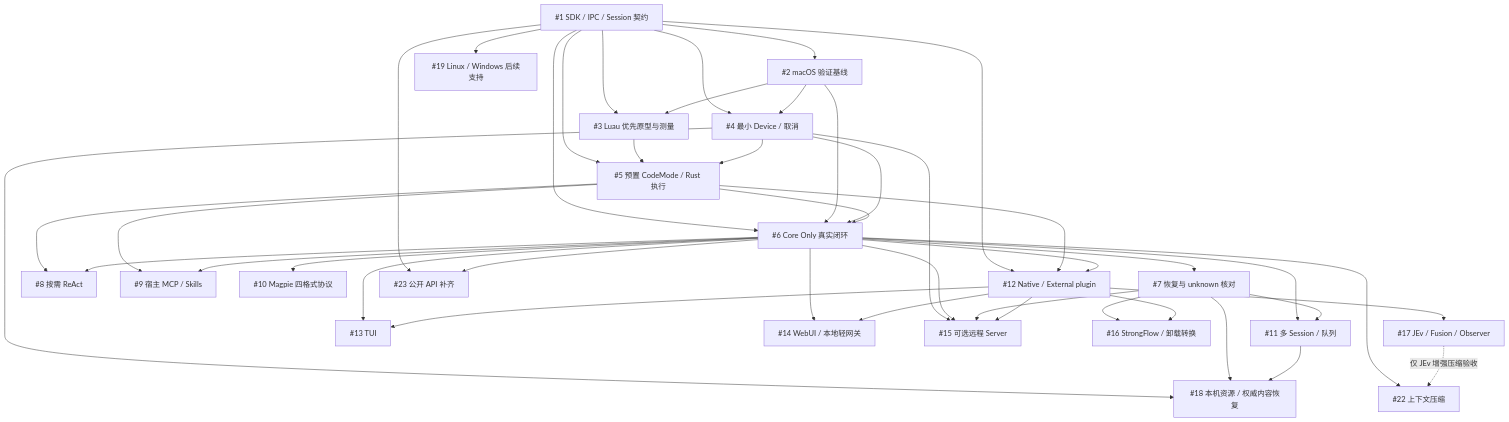
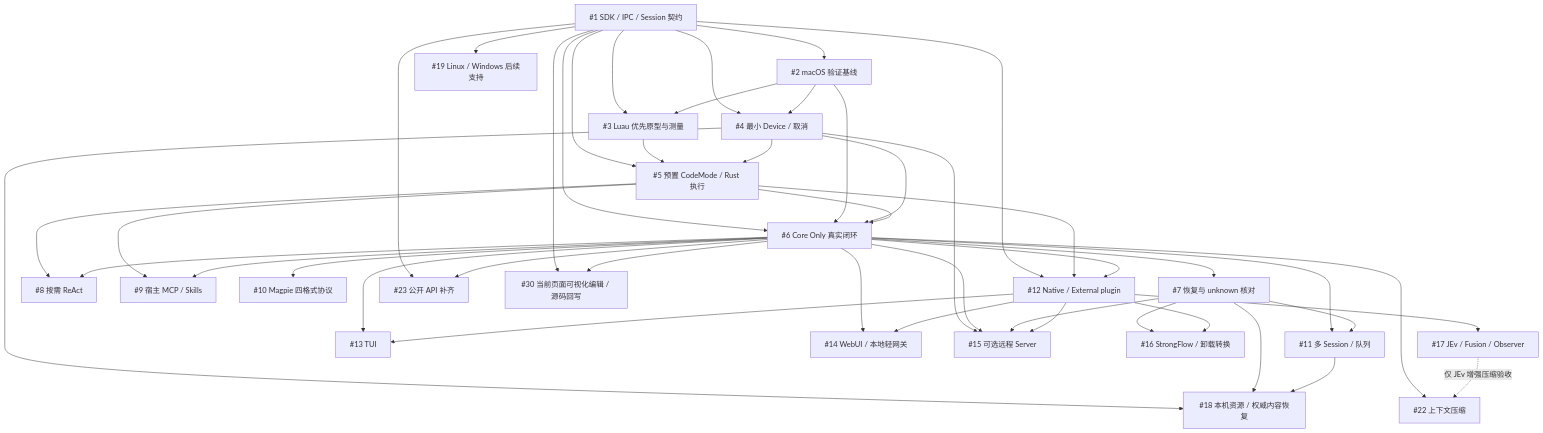
One commit to changw98ic/CAYW changed the diagram in docs/development-map.md. Above: the diagram before and after it, drawn with Mermaid. The commit also changed other lines of this file and 73 other files, not shown here.

````diff
--- a/docs/development-map.md
+++ b/docs/development-map.md
@@ -97,66 +102,69 @@
 ```mermaid
 flowchart TD
   I1["#1 SDK / IPC / Session 契约"]
   I2["#2 macOS 验证基线"]
   I3["#3 Luau 优先原型与测量"]
   I4["#4 最小 Device / 取消"]
   I5["#5 预置 CodeMode / Rust 执行"]
   I6["#6 Core Only 真实闭环"]
   I7["#7 恢复与 unknown 核对"]
   I8["#8 按需 ReAct"]
   I9["#9 宿主 MCP / Skills"]
   I10["#10 Magpie 四格式协议"]
   I11["#11 多 Session / 队列"]
   I12["#12 Native / External plugin"]
   I13["#13 TUI"]
   I14["#14 WebUI / 本地轻网关"]
   I15["#15 可选远程 Server"]
   I16["#16 StrongFlow / 卸载转换"]
   I17["#17 JEv / Fusion / Observer"]
   I18["#18 本机资源 / 权威内容恢复"]
   I19["#19 Linux / Windows 后续支持"]
   I22["#22 上下文压缩"]
   I23["#23 公开 API 补齐"]
+  I30["#30 当前页面可视化编辑 / 源码回写"]
+  I1 --> I30
+  I6 --> I30
   I1 --> I19
   I1 --> I2
   I1 --> I3
   I2 --> I3
   I1 --> I4
   I2 --> I4
   I1 --> I5
   I3 --> I5
   I4 --> I5
   I1 --> I6
   I2 --> I6
   I4 --> I6
   I5 --> I6
   I6 --> I7
   I5 --> I8
   I6 --> I8
   I5 --> I9
   I6 --> I9
   I6 --> I10
   I6 --> I11
   I7 --> I11
   I1 --> I12
   I5 --> I12
   I6 --> I12
   I6 --> I13
   I12 --> I13
   I6 --> I14
   I12 --> I14
   I4 --> I15
   I6 --> I15
   I7 --> I15
   I12 --> I15
   I7 --> I16
   I12 --> I16
   I12 --> I17
   I4 --> I18
   I7 --> I18
   I11 --> I18
   I6 --> I22
   I17 -. 仅 JEv 增强压缩验收 .-> I22
   I1 --> I23
   I6 --> I23
 ```
````
